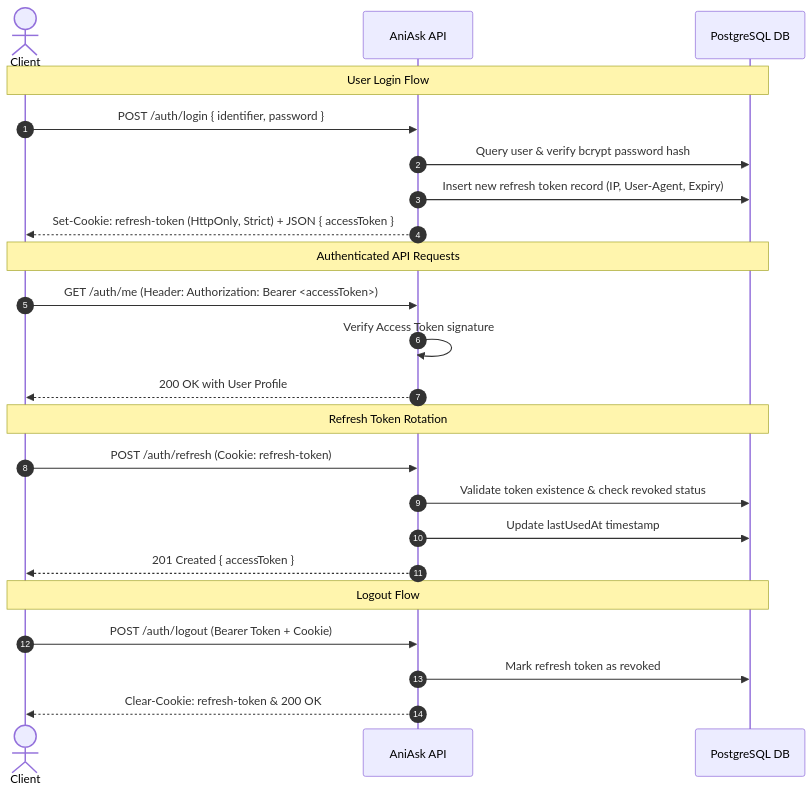
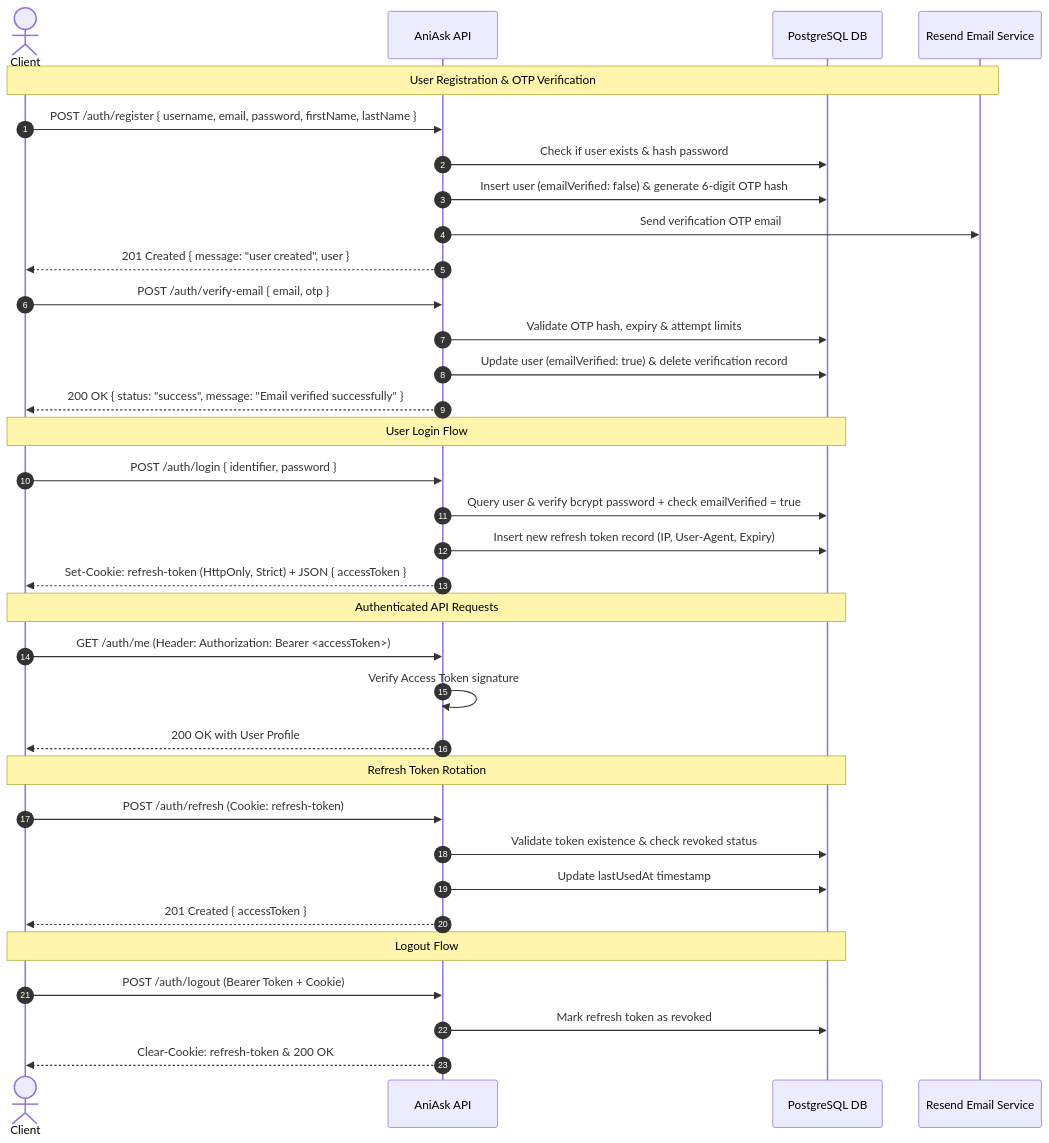
The diagram in backend/README.md (AhmedMohamady1/AniAsk), drawn with Mermaid before and after one commit. The commit also changed other lines of this file and 1 other file, not shown here.

Commit message:
feat: add email verification and OTP functionality with Resend integration

````diff
--- a/backend/README.md
+++ b/backend/README.md
@@ -77,29 +89,42 @@
 ```mermaid
 sequenceDiagram
     autonumber
     actor Client
     participant API as AniAsk API
     participant DB as PostgreSQL DB
+    participant Email as Resend Email Service
+
+    Note over Client,Email: User Registration & OTP Verification
+    Client->>API: POST /auth/register { username, email, password, firstName, lastName }
+    API->>DB: Check if user exists & hash password
+    API->>DB: Insert user (emailVerified: false) & generate 6-digit OTP hash
+    API->>Email: Send verification OTP email
+    API-->>Client: 201 Created { message: "user created", user }
+
+    Client->>API: POST /auth/verify-email { email, otp }
+    API->>DB: Validate OTP hash, expiry & attempt limits
+    API->>DB: Update user (emailVerified: true) & delete verification record
+    API-->>Client: 200 OK { status: "success", message: "Email verified successfully" }
 
     Note over Client,DB: User Login Flow
     Client->>API: POST /auth/login { identifier, password }
-    API->>DB: Query user & verify bcrypt password hash
+    API->>DB: Query user & verify bcrypt password + check emailVerified = true
     API->>DB: Insert new refresh token record (IP, User-Agent, Expiry)
     API-->>Client: Set-Cookie: refresh-token (HttpOnly, Strict) + JSON { accessToken }
 
     Note over Client,DB: Authenticated API Requests
     Client->>API: GET /auth/me (Header: Authorization: Bearer <accessToken>)
     API->>API: Verify Access Token signature
     API-->>Client: 200 OK with User Profile
 
     Note over Client,DB: Refresh Token Rotation
     Client->>API: POST /auth/refresh (Cookie: refresh-token)
     API->>DB: Validate token existence & check revoked status
     API->>DB: Update lastUsedAt timestamp
     API-->>Client: 201 Created { accessToken }
 
     Note over Client,DB: Logout Flow
     Client->>API: POST /auth/logout (Bearer Token + Cookie)
     API->>DB: Mark refresh token as revoked
     API-->>Client: Clear-Cookie: refresh-token & 200 OK
 ```
````
